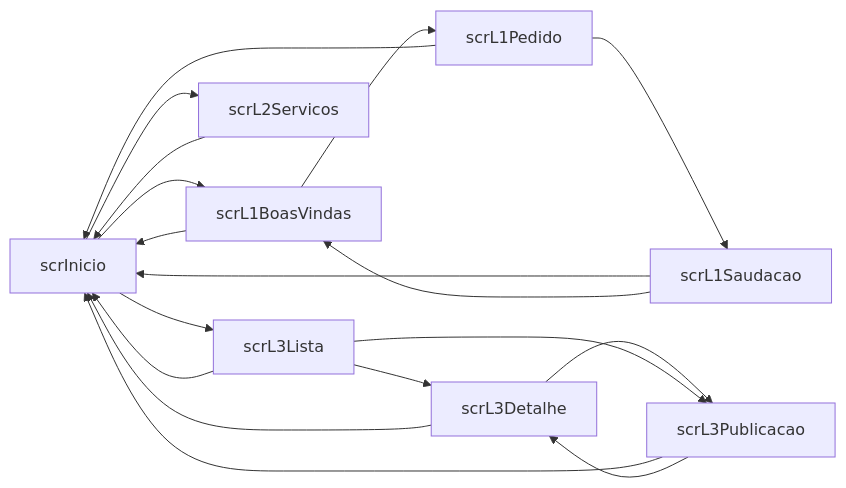
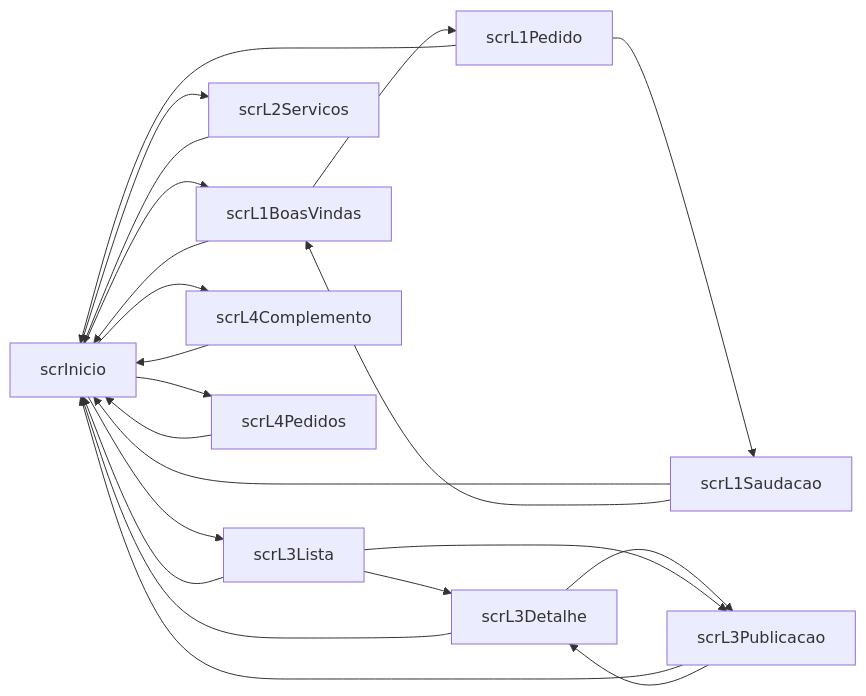
The diagram in docs/inventario.md (RiGuJeCaAb/DAC2627), drawn with Mermaid before and after one commit. The commit also changed other lines of this file and 36 other files, not shown here.

````diff
--- a/docs/inventario.md
+++ b/docs/inventario.md
@@ -9,20 +9,24 @@
 ```mermaid
 flowchart LR
   scrInicio --> scrL1BoasVindas
   scrInicio --> scrL2Servicos
   scrInicio --> scrL3Lista
+  scrInicio --> scrL4Complemento
+  scrInicio --> scrL4Pedidos
   scrL1BoasVindas --> scrInicio
   scrL1BoasVindas --> scrL1Pedido
   scrL1Pedido --> scrInicio
   scrL1Pedido --> scrL1Saudacao
   scrL1Saudacao --> scrInicio
   scrL1Saudacao --> scrL1BoasVindas
   scrL2Servicos --> scrInicio
   scrL3Detalhe --> scrInicio
   scrL3Detalhe --> scrL3Publicacao
   scrL3Lista --> scrInicio
   scrL3Lista --> scrL3Detalhe
   scrL3Lista --> scrL3Publicacao
   scrL3Publicacao --> scrInicio
   scrL3Publicacao --> scrL3Detalhe
+  scrL4Complemento --> scrInicio
+  scrL4Pedidos --> scrInicio
 ```
````
